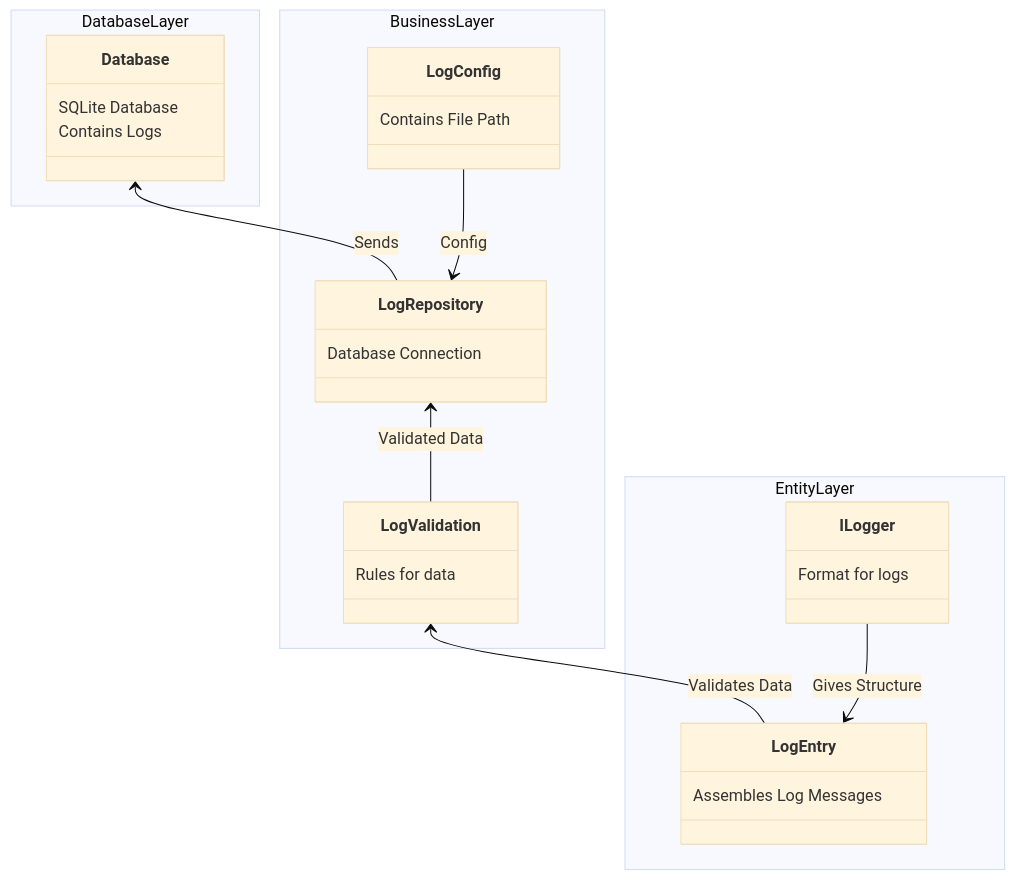
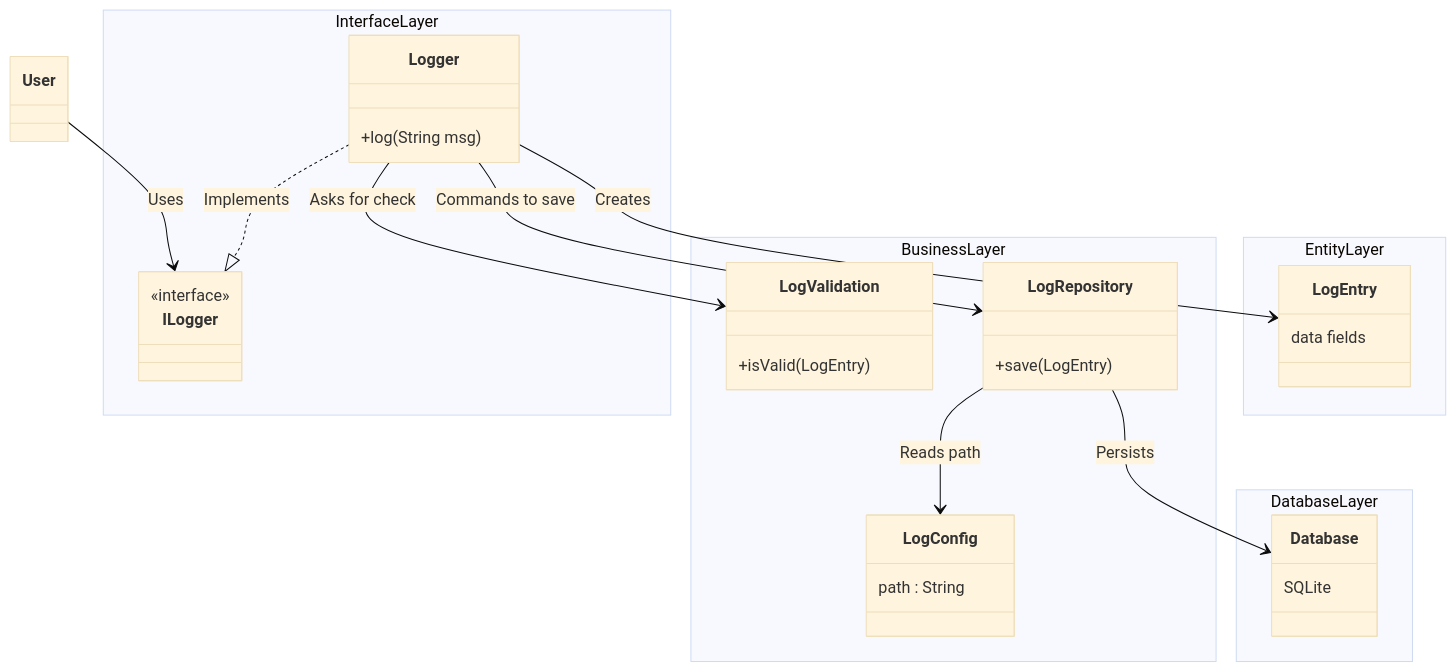
The diagram in diagram/AbstractDiagram.md (JonathanWindell/Javalite), drawn with Mermaid (base theme) before and after one commit. The commit also changed 19 other files, not shown here.

Commit message:
Tests for validation is now finished. Moving on to database

````diff
--- a/diagram/AbstractDiagram.md
+++ b/diagram/AbstractDiagram.md
@@ -1,47 +1,35 @@
 ```mermaid
     classDiagram
+    %% Användaren ser bara ILogger/Logger
+    User --> ILogger : Uses
 
-    %% --- Relationships ---
+    %% Logger styr de andra delarna
+    Logger ..|> ILogger : Implements
+    Logger --> LogEntry : Creates
+    Logger --> LogValidation : Asks for check
+    Logger --> LogRepository : Commands to save
 
-    Database <-- LogRepository : Sends
+    %% Business logic
+    LogRepository --> Database : Persists
+    LogRepository --> LogConfig : Reads path
 
-    LogRepository <-- LogValidation : Validated Data
-
-    LogConfig --> LogRepository : Config 
-
-    LogValidation <-- LogEntry : Validates Data
-
-    ILogger --> LogEntry : Gives Structure
-
-    namespace DatabaseLayer {
-        class Database {
-            SQLite Database
-            Contains Logs
-        }
+    namespace InterfaceLayer {
+        class ILogger { <<interface>> }
+        class Logger { +log(String msg) }
     }
 
     namespace BusinessLayer {
-        class LogRepository {
-            Database Connection
-        }
-
-        class LogConfig {
-            Contains File Path 
-        }
-
-        class LogValidation {
-            Rules for data
-        }
+        class LogValidation { +isValid(LogEntry) }
+        class LogRepository { +save(LogEntry) }
+        class LogConfig { path : String }
     }
 
     namespace EntityLayer {
-        class LogEntry {
-            Assembles Log Messages
-        }
+        class LogEntry { data fields }
+    }
 
-        class ILogger {
-            Format for logs
-        }
+    namespace DatabaseLayer {
+        class Database { SQLite }
     }
 
 ```
````
